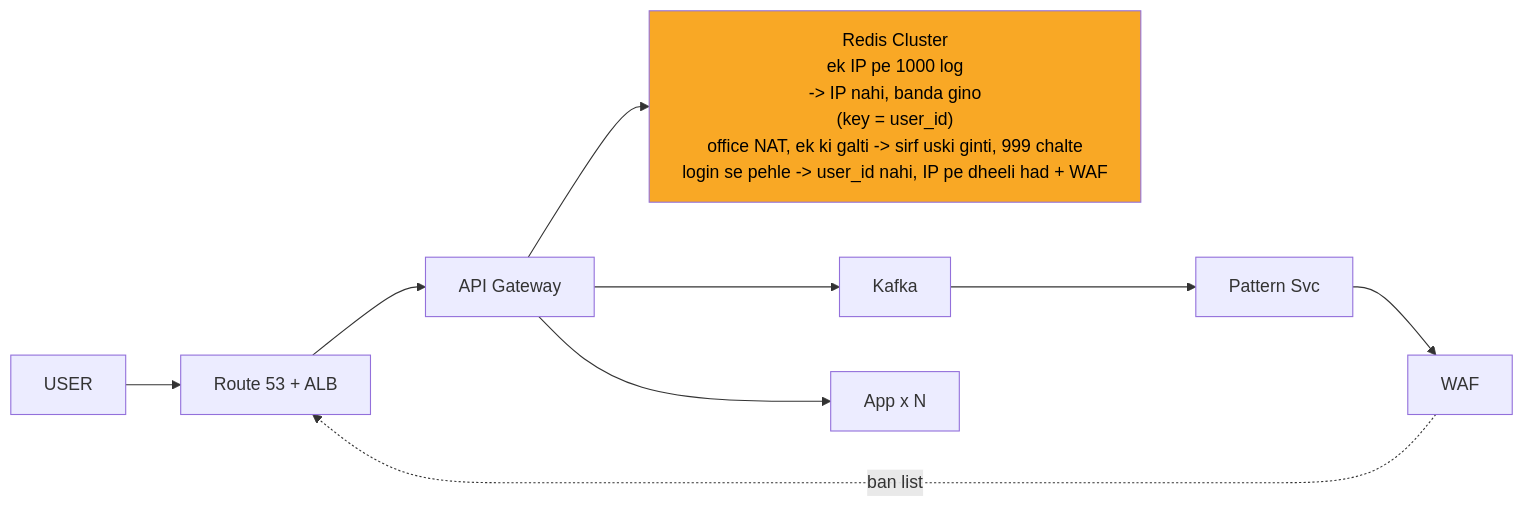
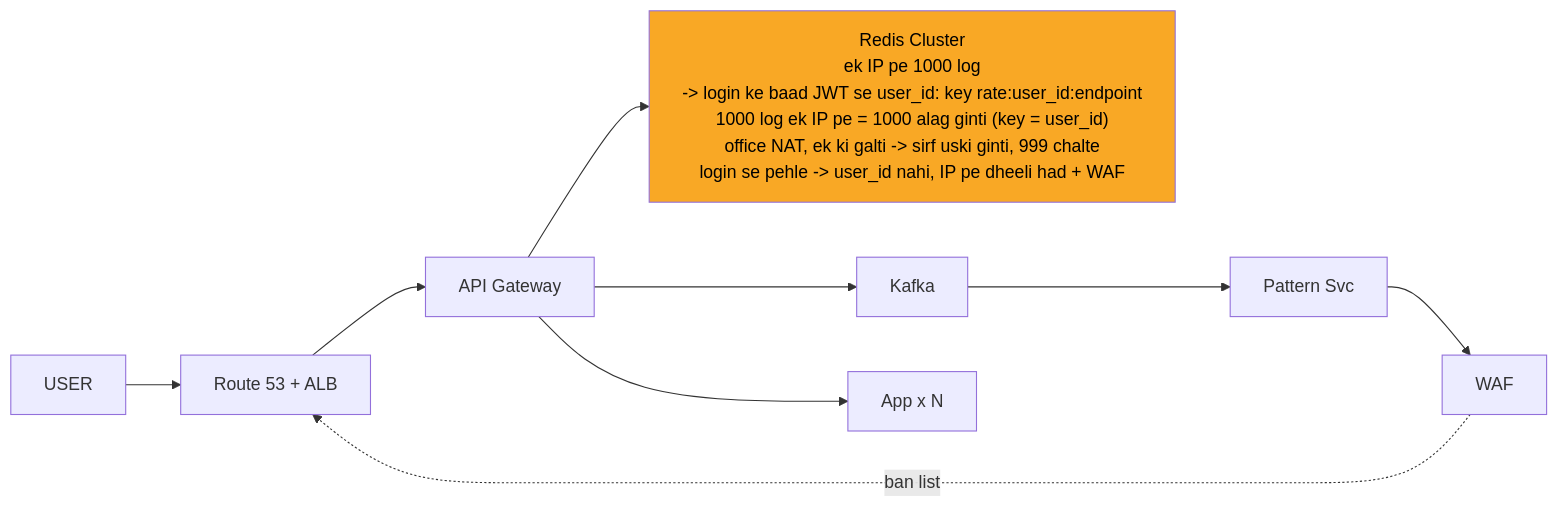
One commit to ArpanMaheshwari144/Prep changed the tenth of 11 diagrams in 04_HLD/SYSTEM_DESIGNS/02_rate_limiter/02_rate_limiter.md. Above: the diagram before and after it, drawn with Mermaid. The commit also changed other lines of this file and 13 other files, not shown here.

````diff
--- a/04_HLD/SYSTEM_DESIGNS/02_rate_limiter/02_rate_limiter.md
+++ b/04_HLD/SYSTEM_DESIGNS/02_rate_limiter/02_rate_limiter.md
@@ -402,21 +406,21 @@
 ```mermaid
 %%{init: {"flowchart": {"wrappingWidth": 450}}}%%
 flowchart LR
     n_USER["USER"]
     n_EDGE["Route 53 + ALB"]
     n_API_Gateway["API Gateway"]
-    n_Redis_Cluster["Redis Cluster<br/>ek IP pe 1000 log<br/>-> IP nahi, banda gino<br/>(key = user_id)<br/>office NAT, ek ki galti -> sirf uski ginti, 999 chalte<br/>login se pehle -> user_id nahi, IP pe dheeli had + WAF"]
+    n_Redis_Cluster["Redis Cluster<br/>ek IP pe 1000 log<br/>-> login ke baad JWT se user_id: key rate:user_id:endpoint<br/>1000 log ek IP pe = 1000 alag ginti (key = user_id)<br/>office NAT, ek ki galti -> sirf uski ginti, 999 chalte<br/>login se pehle -> user_id nahi, IP pe dheeli had + WAF"]
     n_Kafka["Kafka"]
     n_Pattern_Svc["Pattern Svc"]
     n_WAF["WAF"]
     n_App_xN["App x N"]
     n_EDGE --> n_API_Gateway
     n_API_Gateway --> n_Redis_Cluster
     n_API_Gateway --> n_App_xN
     n_Kafka --> n_Pattern_Svc
     n_Pattern_Svc --> n_WAF
     n_API_Gateway --> n_Kafka
     n_USER --> n_EDGE
     n_WAF -.->|ban list| n_EDGE
     style n_Redis_Cluster fill:#f9a825,color:#000
 ```
````
